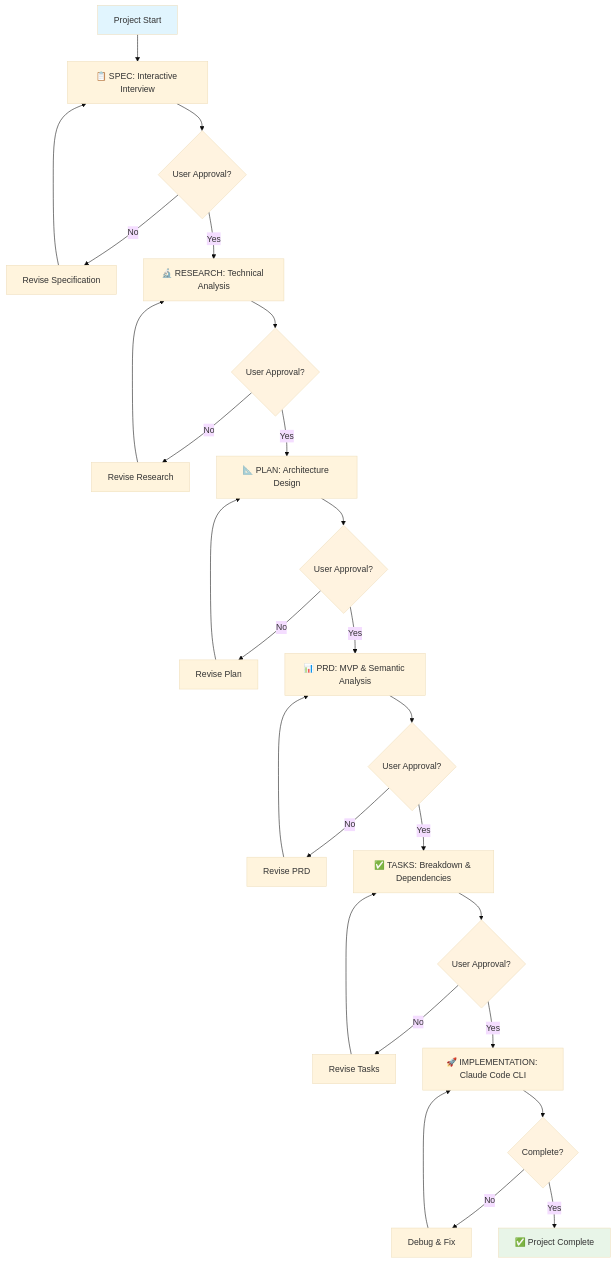
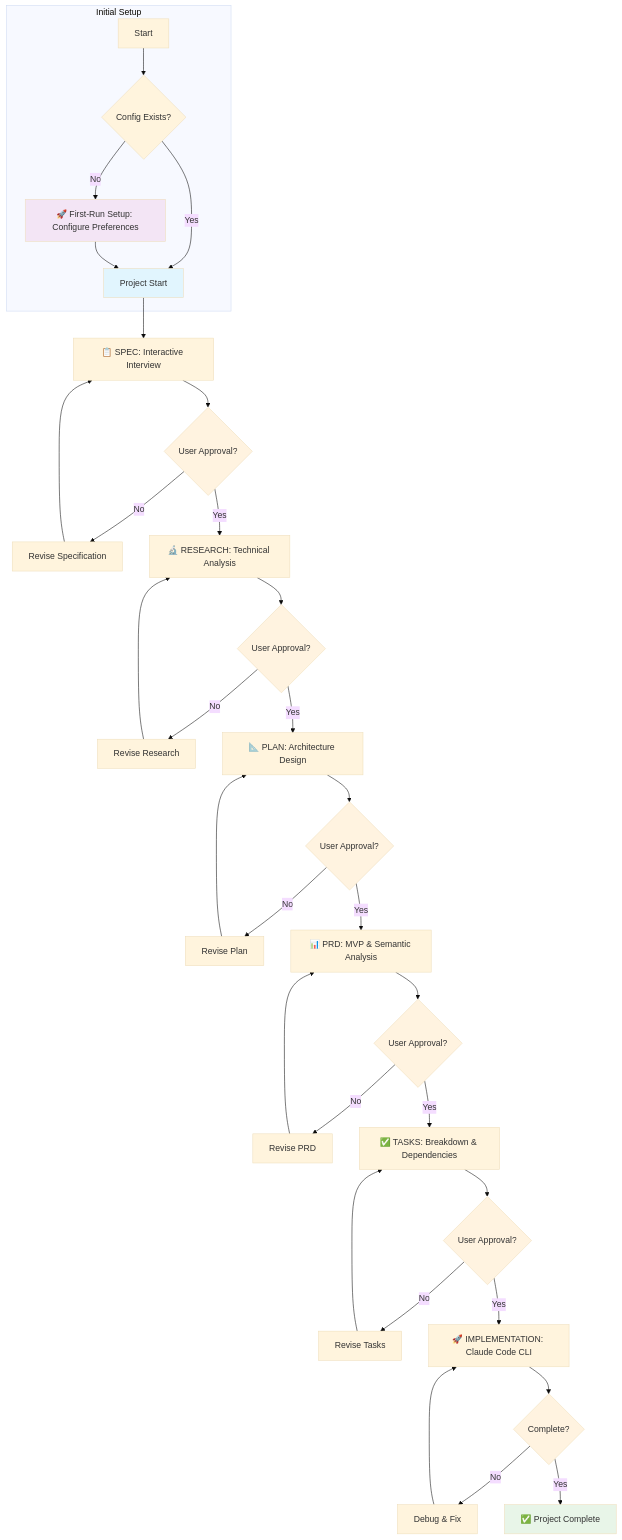
One commit to Nyrk0/orchestrator changed the diagram in README.md. Above: the diagram before and after it, drawn with Mermaid (base theme). The commit also changed other lines of this file, not shown here.

Commit message:
docs: update repository URL in README

````diff
--- a/README.md
+++ b/README.md
@@ -38,37 +23,45 @@
 ```mermaid
 graph TD
-    A[Project Start] --> B[📋 SPEC: Interactive Interview]
-    B --> C{User Approval?}
-    C -->|No| B1[Revise Specification]
-    B1 --> B
-    C -->|Yes| D[🔬 RESEARCH: Technical Analysis]
-    D --> E{User Approval?}
-    E -->|No| D1[Revise Research]
-    D1 --> D
-    E -->|Yes| F[📐 PLAN: Architecture Design]
-    F --> G{User Approval?}
-    G -->|No| F1[Revise Plan]
-    F1 --> F
-    G -->|Yes| H[📊 PRD: MVP & Semantic Analysis]
-    H --> I{User Approval?}
-    I -->|No| H1[Revise PRD]
-    H1 --> H
-    I -->|Yes| J[✅ TASKS: Breakdown & Dependencies]
-    J --> K{User Approval?}
-    K -->|No| J1[Revise Tasks]
-    J1 --> J
-    K -->|Yes| L[🚀 IMPLEMENTATION: Claude Code CLI]
-    L --> M{Complete?}
-    M -->|No| N[Debug & Fix]
-    N --> L
-    M -->|Yes| O[✅ Project Complete]
-    
-    style A fill:#e1f5fe
-    style O fill:#e8f5e8
-    style C fill:#fff3e0
-    style E fill:#fff3e0
-    style G fill:#fff3e0
-    style I fill:#fff3e0
-    style K fill:#fff3e0
-    style M fill:#fff3e0
+    subgraph Initial Setup
+        A[Start] --> A1{Config Exists?};
+        A1 -->|No| A2[🚀 First-Run Setup: Configure Preferences];
+        A1 -->|Yes| B[Project Start];
+        A2 --> B;
+    end
+
+    B --> C[📋 SPEC: Interactive Interview];
+    C --> D{User Approval?};
+    D -->|No| C1[Revise Specification];
+    C1 --> C;
+    D -->|Yes| E[🔬 RESEARCH: Technical Analysis];
+    E --> F{User Approval?};
+    F -->|No| E1[Revise Research];
+    E1 --> E;
+    F -->|Yes| G[📐 PLAN: Architecture Design];
+    G --> H{User Approval?};
+    H -->|No| G1[Revise Plan];
+    G1 --> G;
+    H -->|Yes| I[📊 PRD: MVP & Semantic Analysis];
+    I --> J{User Approval?};
+    J -->|No| I1[Revise PRD];
+    I1 --> I;
+    J -->|Yes| K[✅ TASKS: Breakdown & Dependencies];
+    K --> L{User Approval?};
+    L -->|No| K1[Revise Tasks];
+    K1 --> K;
+    L -->|Yes| M[🚀 IMPLEMENTATION: Claude Code CLI];
+    M --> N{Complete?};
+    N -->|No| O[Debug & Fix];
+    O --> M;
+    N -->|Yes| P[✅ Project Complete];
+
+    style A2 fill:#f3e5f5
+    style B fill:#e1f5fe
+    style P fill:#e8f5e8
+    style D fill:#fff3e0
+    style F fill:#fff3e0
+    style H fill:#fff3e0
+    style J fill:#fff3e0
+    style L fill:#fff3e0
+    style N fill:#fff3e0
 ```
````
